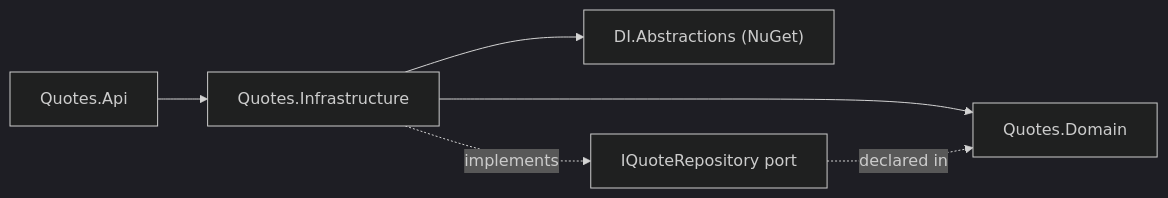
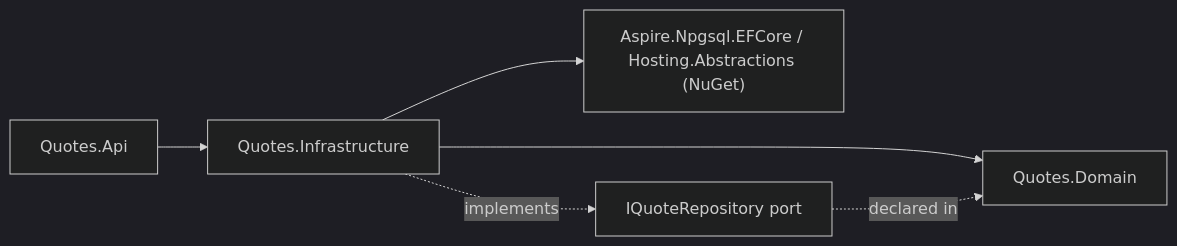
The first of 2 diagrams in src/Quotes/Quotes.Infrastructure/README.md (josnelihurt/code.examples.net.quotes), drawn with Mermaid (dark theme) before and after one commit. The commit also changed other lines of this file and 3 other files, not shown here.

````diff
--- a/src/Quotes/Quotes.Infrastructure/README.md
+++ b/src/Quotes/Quotes.Infrastructure/README.md
@@ -15,8 +16,8 @@
 ```mermaid
 flowchart LR
     Api[Quotes.Api] --> Infra[Quotes.Infrastructure]
     Infra --> Domain[Quotes.Domain]
-    Infra --> DI["DI.Abstractions (NuGet)"]
+    Infra --> DI["Aspire.Npgsql.EFCore / Hosting.Abstractions (NuGet)"]
     Infra -.implements.-> Port["IQuoteRepository port"]
     Port -.declared in.-> Domain
 ```
````
